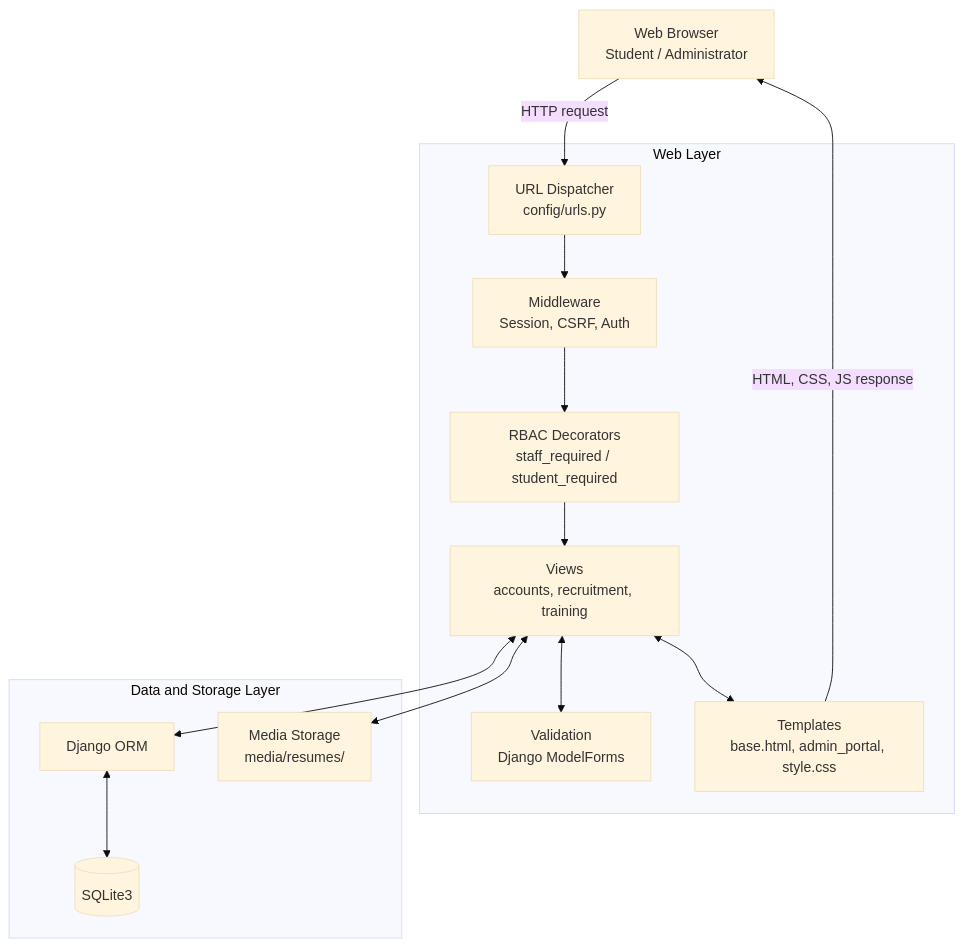
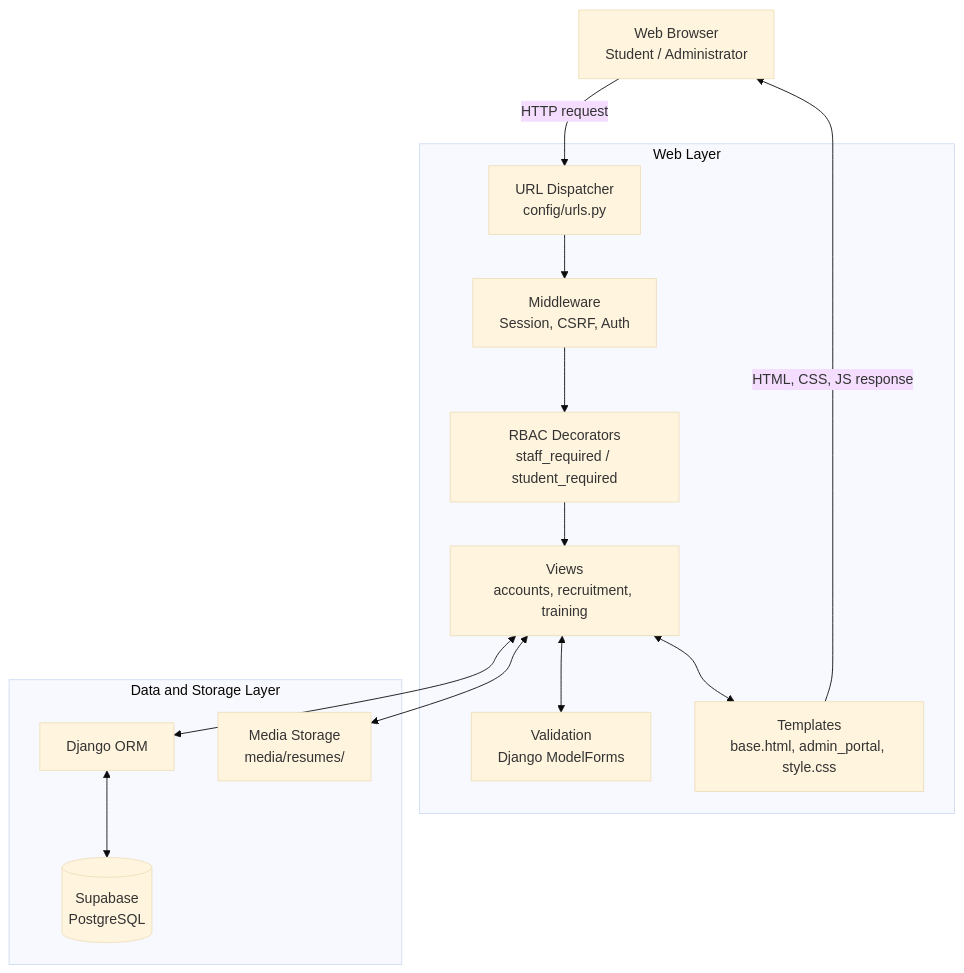
The first of 3 diagrams in README.md (Samcode-16/Campus-Placement-Management-System), drawn with Mermaid (base theme) before and after one commit. The commit also changed other lines of this file and 52 other files, not shown here.

Commit message:
Migrate database to Supabase PostgreSQL, remove local db and pycache, add gitignore and env template

````diff
--- a/README.md
+++ b/README.md
@@ -188,30 +188,30 @@
 ```mermaid
 flowchart TD
     Client["Web Browser<br/>Student / Administrator"]
 
     subgraph web ["Web Layer"]
         URLs["URL Dispatcher<br/>config/urls.py"]
         MW["Middleware<br/>Session, CSRF, Auth"]
         RBAC["RBAC Decorators<br/>staff_required / student_required"]
         Views["Views<br/>accounts, recruitment, training"]
         Forms["Validation<br/>Django ModelForms"]
         Templates["Templates<br/>base.html, admin_portal, style.css"]
     end
 
     subgraph data ["Data and Storage Layer"]
         ORM["Django ORM"]
-        DB[("SQLite3")]
+        DB[("Supabase<br/>PostgreSQL")]
         Media["Media Storage<br/>media/resumes/"]
     end
 
     Client -->|HTTP request| URLs
     URLs --> MW
     MW --> RBAC
     RBAC --> Views
     Views <--> Forms
     Views <--> Templates
     Views <--> ORM
     ORM <--> DB
     Views <--> Media
     Templates -->|HTML, CSS, JS response| Client
 ```
````
